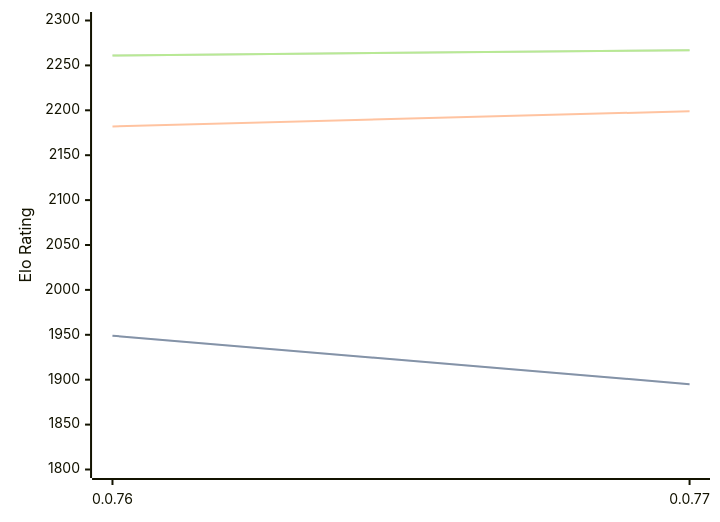
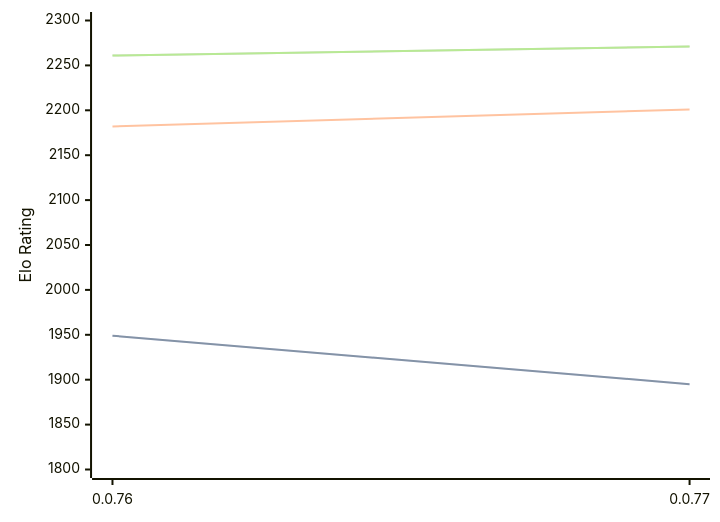
The diagram in engines/Fktb.md (computer-chess-index/cci), drawn with Mermaid before and after one commit. The commit also changed other lines of this file, not shown here.

Commit message:
Update CCI Ratings (ELO VLTC) - 2026-05-08

````diff
--- a/engines/Fktb.md
+++ b/engines/Fktb.md
@@ -32,11 +32,11 @@
 ```mermaid
 %%{init: {"theme":"base","themeVariables":{"seriesColors:['#a3a3a3','#222221','#faa371']}}}%%
 xychart-beta
   x-axis ["0.0.76", "0.0.77"]
   y-axis "Elo Rating" 1800 --> 2300
   line "STC (8.0+0.08s)" [1949, 1895]
   line "STC (8.0+0.08s)" [1949, 1895]
-  line "LTC (60.0+0.60s)" [2182, 2199]
-  line "VLTC (2m24s+1.12s)" [2261, 2267]
-  line "VLTC (2m24s+1.12s)" [2261, 2267]
+  line "LTC (60.0+0.60s)" [2182, 2201]
+  line "VLTC (2m24s+1.12s)" [2261, 2271]
+  line "VLTC (2m24s+1.12s)" [2261, 2271]
 ```
````
